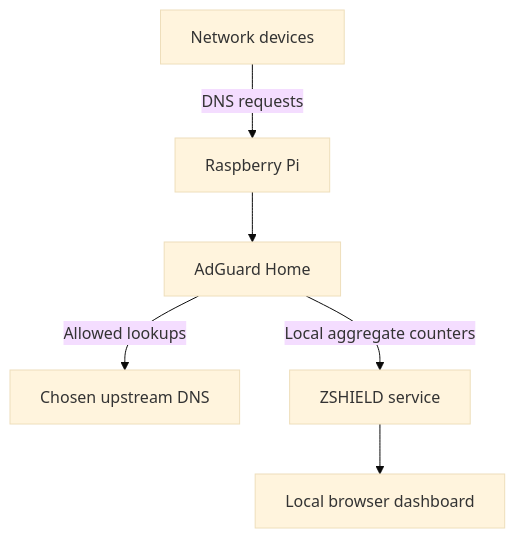
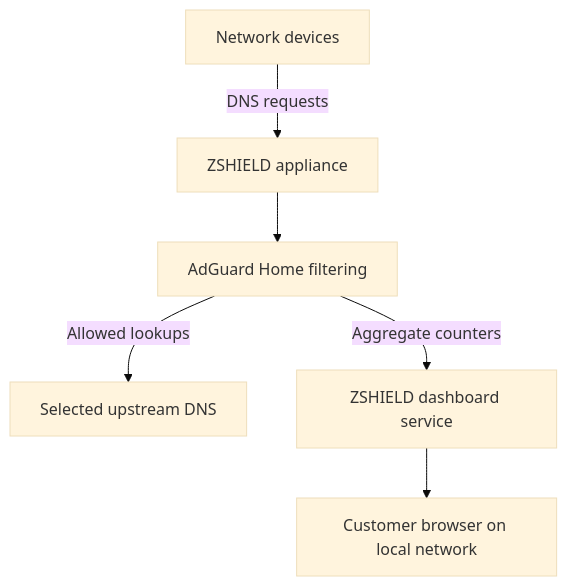
Before and after one commit to ZUNDATHREAT/ZSHIELD: the diagram in docs/architecture.md, drawn with Mermaid (base theme). The commit also changed other lines of this file and 4 other files, not shown here.

````diff
--- a/docs/architecture.md
+++ b/docs/architecture.md
@@ -5,8 +5,8 @@
 ```mermaid
 flowchart TD
-    A[Network devices] -->|DNS requests| B[Raspberry Pi]
-    B --> C[AdGuard Home]
-    C -->|Allowed lookups| D[Chosen upstream DNS]
-    C -->|Local aggregate counters| E[ZSHIELD service]
-    E --> F[Local browser dashboard]
+    A[Network devices] -->|DNS requests| B[ZSHIELD appliance]
+    B --> C[AdGuard Home filtering]
+    C -->|Allowed lookups| D[Selected upstream DNS]
+    C -->|Aggregate counters| E[ZSHIELD dashboard service]
+    E --> F[Customer browser on local network]
 ```
````
